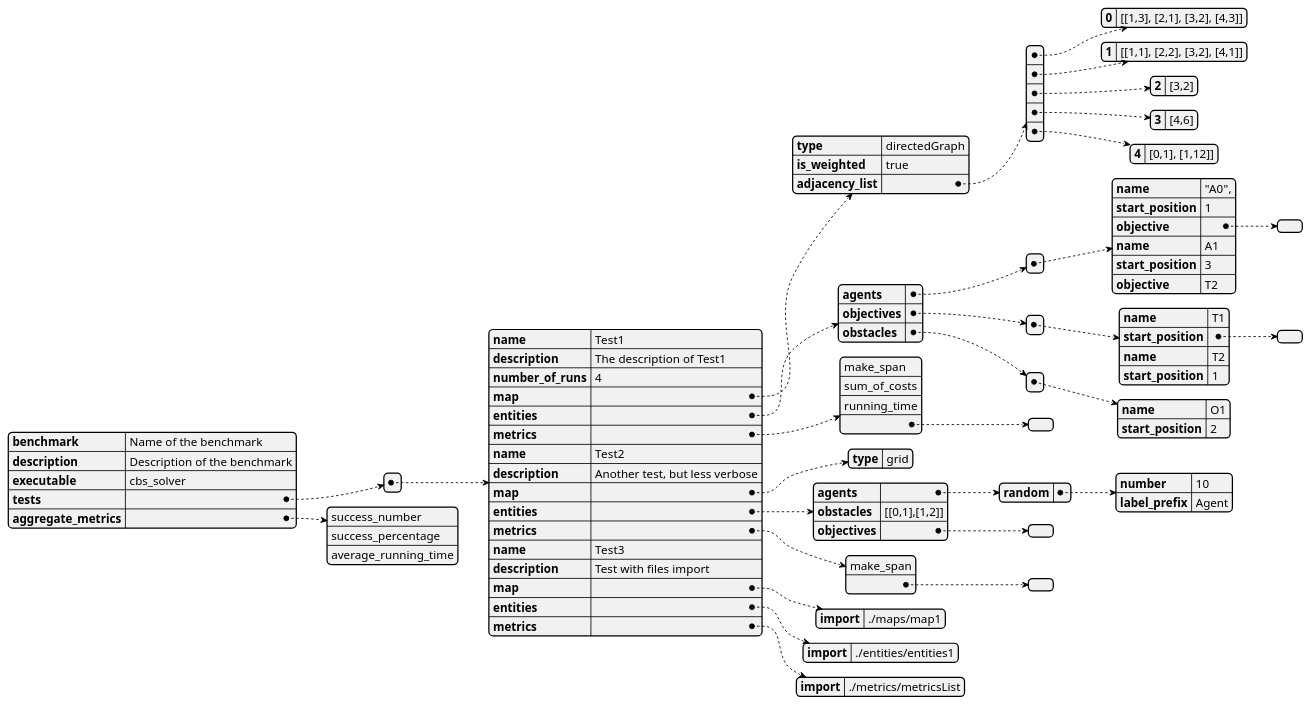
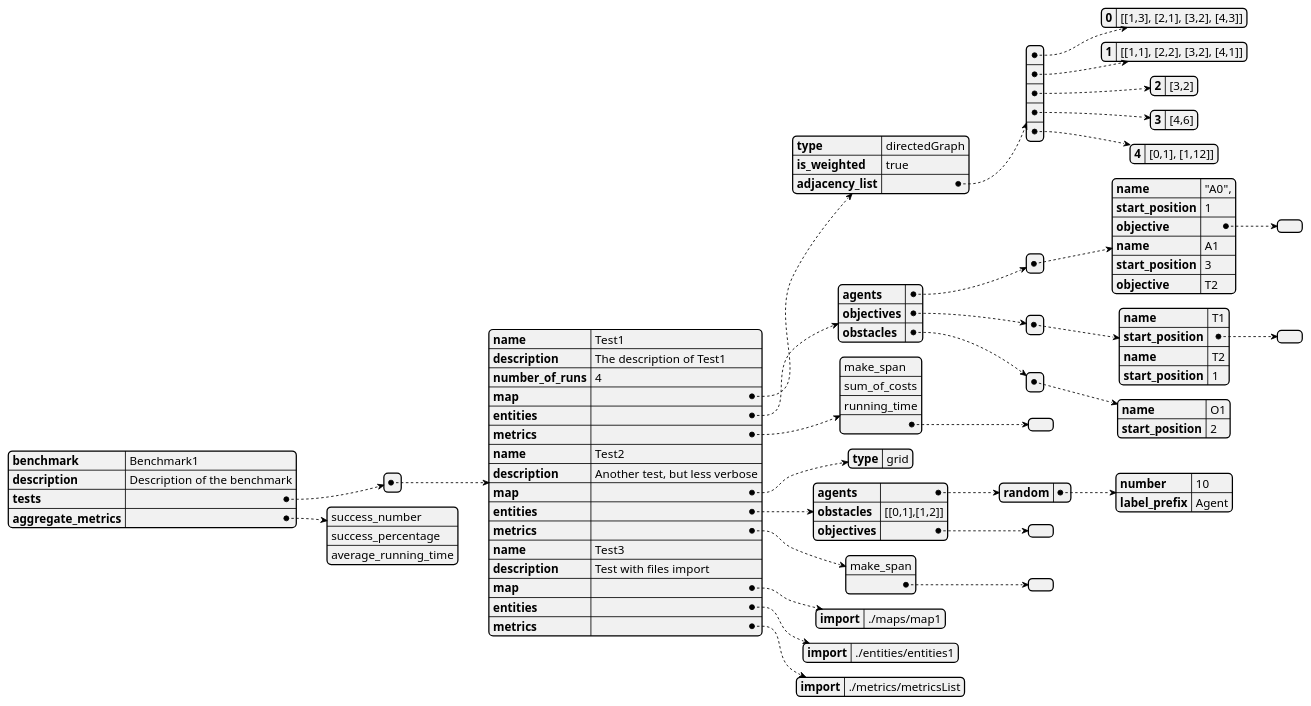
One commit to LucaLeonx/MAPF_pii_Project changed the diagram in docs/design/uml/inputFormat.puml. Above: the diagram before and after it, drawn with PlantUML. The commit also changed 3 other files, not shown here.

```diff
--- a/docs/design/uml/inputFormat.puml
+++ b/docs/design/uml/inputFormat.puml
@@ -1,77 +1,76 @@
 @startyaml
-benchmark: "Name of the benchmark"
+benchmark: "Benchmark1"
 description: "Description of the benchmark"
-executable: "cbs_solver"
 tests:
     -
     name: "Test1"
     description: "The description of Test1"
     number_of_runs: 4
     map:
         type: directedGraph
         is_weighted: true
         adjacency_list:
             - 0: [[1,3], [2,1], [3,2], [4,3]]
             - 1: [[1,1], [2,2], [3,2], [4,1]]
             - 2: [3,2]
             - 3: [4,6]
             - 4: [0,1], [1,12]]
     entities:
         agents:
             -
             name: "A0",
             start_position: 1
             objective: "T1"
             -
             name: "A1"
             start_position: 3
             objective: "T2"
         objectives:
             -
             name: "T1"
             start_position: 2
             -
             name: "T2"
             start_position: 1
         obstacles:
             -
             name: "O1"
             start_position: 2
     metrics:
         - make_span
         - sum_of_costs
         - running_time
 
     -
     name: "Test2"
     description: "Another test, but less verbose"
     map:
         type: grid
             rows: 5
             columns: 5
     entities:
         agents:
             random:
                 number: 10
                 label_prefix: "Agent"
         obstacles: [[0,1],[1,2]]
         objectives:
     metrics:
         - make_span
 
     -
     name: "Test3"
     description: "Test with files import"
     map:
        import: "./maps/map1"
     entities:
        import: "./entities/entities1"
     metrics:
         import: "./metrics/metricsList"
 
 aggregate_metrics:
     - success_number
     - success_percentage
     - average_running_time
 
 @endyaml
```
